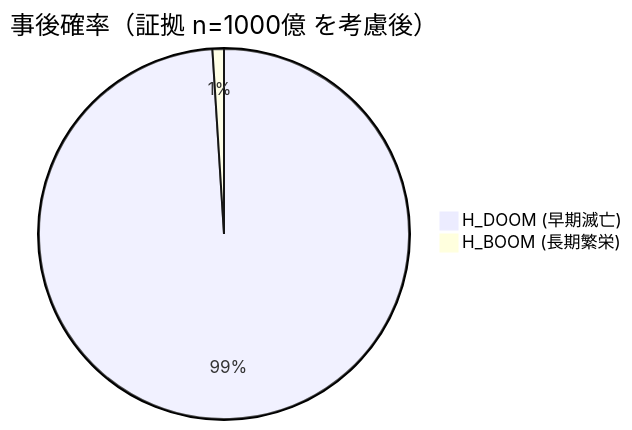
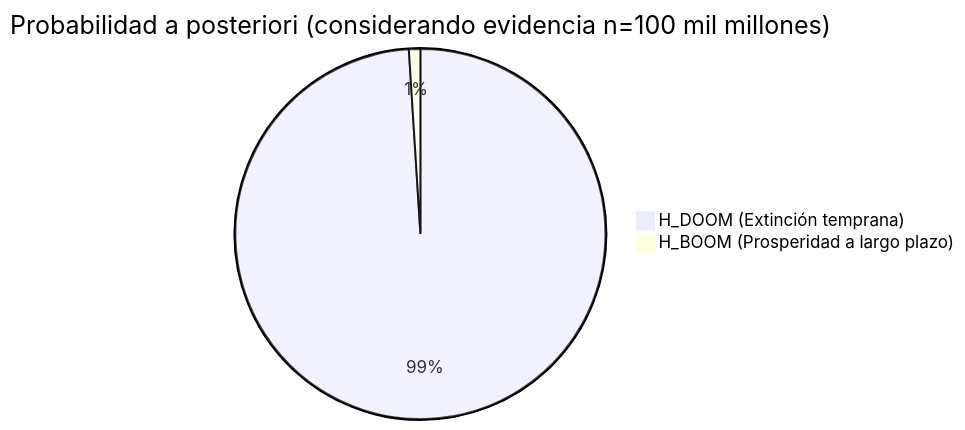
The third of 5 diagrams in content/post/doomsday-argument/index.es.md (kenjinote/blog), drawn with Mermaid before and after one commit. The commit also changed other lines of this file and 28 other files, not shown here.

Commit message:
Translate Japanese text inside Mermaid diagrams to respective languages

````diff
--- a/content/post/doomsday-argument/index.es.md
+++ b/content/post/doomsday-argument/index.es.md
@@ -115,6 +115,6 @@
 ```mermaid
 pie
-    title 事後確率（証拠 n=1000億 を考慮後）
-    "H_DOOM (早期滅亡)" : 99
-    "H_BOOM (長期繁栄)" : 1
+    title Probabilidad a posteriori (considerando evidencia n=100 mil millones)
+    "H_DOOM (Extinción temprana)" : 99
+    "H_BOOM (Prosperidad a largo plazo)" : 1
 ```
````
